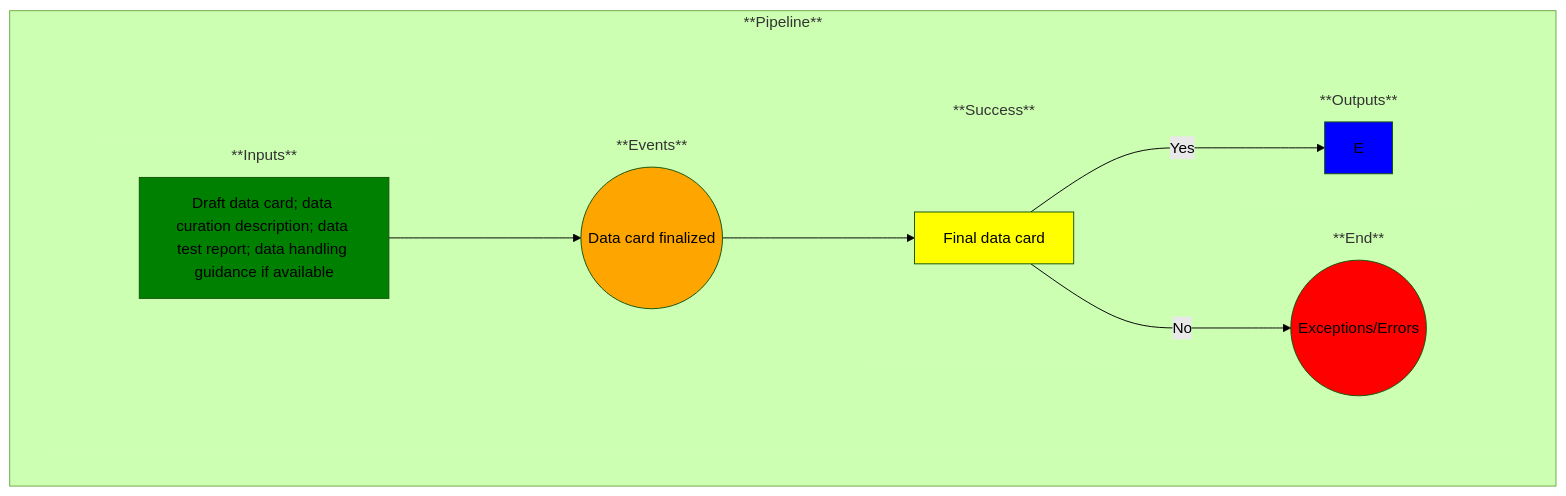
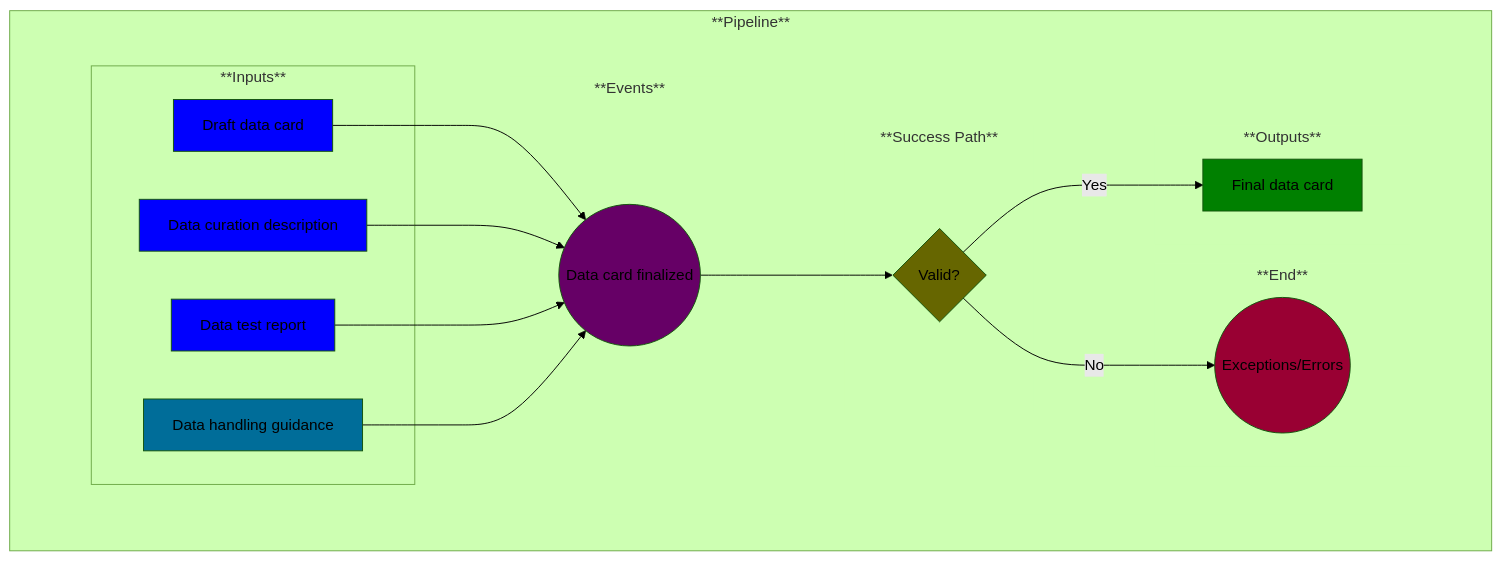
One commit to MLOps-OpenAPI/arch-diagrams changed the diagram in use-cases/7-data-card-final.md. Above: the diagram before and after it, drawn with Mermaid (forest theme). The commit also changed other lines of this file and 4 other files, not shown here.

```diff
--- a/use-cases/7-data-card-final.md
+++ b/use-cases/7-data-card-final.md
@@ -29,12 +32,21 @@
         %% Add an empty node to overcome some formatting issues
         subgraph invisibleSpace["<br/>"]
             subgraph Inputs ["**Inputs**"]
-                A
+                A1
+            end
+            subgraph Inputs ["**Inputs**"]
+                A2
+            end
+            subgraph Inputs ["**Inputs**"]
+                A3
+            end
+            subgraph Inputs ["**Inputs**"]
+                A4
             end
             subgraph Events ["**Events**"]
                 B
             end
-            subgraph Success ["**Success**"]
+            subgraph Success ["**Success Path**"]
                 C
             end
             subgraph End ["**End**"]
@@ -44,7 +56,10 @@
                 E
             end
         end
-        A-->B
+        A1-->B
+        A2-->B
+        A3-->B
+        A4-->B
         B-->C
         C--> | No | D
         C--> | Yes | E
@@ -53,20 +68,29 @@
     %% Now label and style the blocks
     %% Note: You could have done this above, but I find this to be cleaner and easier to manage
 
-    A[Draft data card; data curation description; data test report; data handling guidance if available]
-    style A fill:green
+    A1[Draft data card]
+    style A1 fill:blue
+
+    A2[Data curation description]
+    style A2 fill:blue
+
+    A3[Data test report]
+    style A3 fill:blue
+
+    A4[Data handling guidance]
+    style A4 fill:#006d99
 
     B((Data card finalized))
-    style B fill:orange
+    style B fill:#660066
 
-    C{Valid success path?}
-    style C fill:yellow
+    C{Valid?}
+    style C fill:#666600
 
     D((Exceptions/Errors))
-    style D fill:red
+    style D fill:#990033
 
-    C[Final data card]
-    style E fill:blue
+    E[Final data card]
+    style E fill:green
 
     %% Remove unnecessary box outlines
     style invisibleSpace stroke-width:0
```
